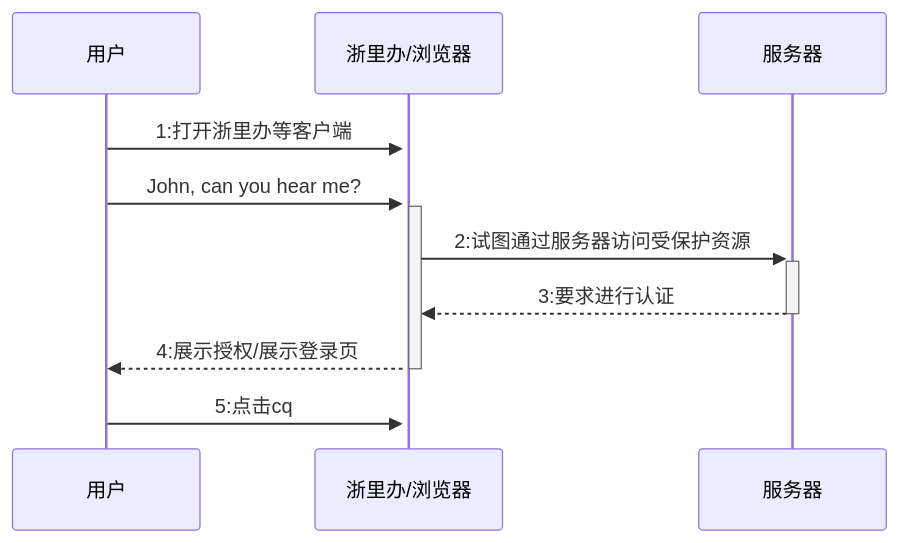
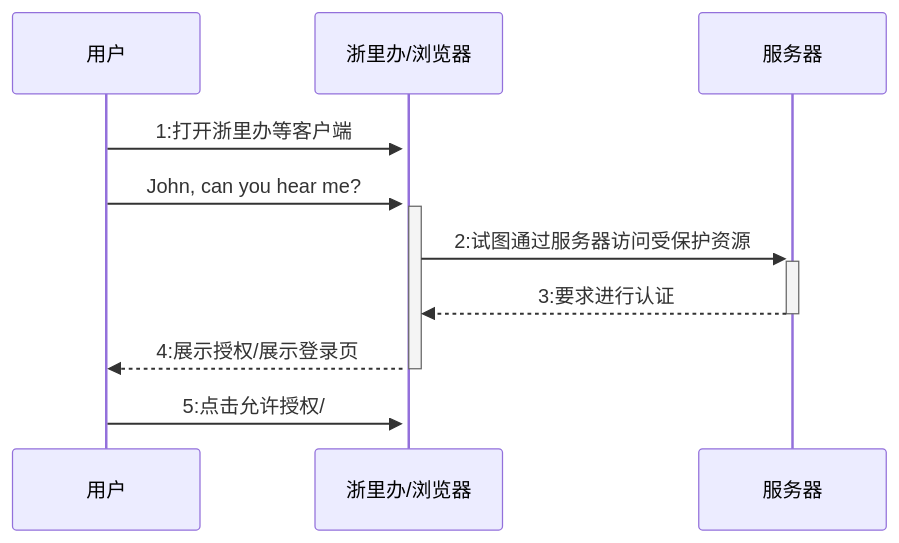
Before and after one commit to fifuntop/iodraw-files: the diagram in all/居民端时序图.md, drawn with Mermaid.

Commit message:
2024-03-14 14:56:52 update

````diff
--- a/all/居民端时序图.md
+++ b/all/居民端时序图.md
@@ -1,10 +1,10 @@
 ```mermaid
 sequenceDiagram
     用户->>+浙里办/浏览器: 1:打开浙里办等客户端
     用户->>+浙里办/浏览器: John, can you hear me?
     浙里办/浏览器->>+服务器: 2:试图通过服务器访问受保护资源
     服务器-->>-浙里办/浏览器: 3:要求进行认证
     浙里办/浏览器-->>-用户: 4:展示授权/展示登录页
-    用户->>+浙里办/浏览器: 5:点击cq
+    用户->>+浙里办/浏览器: 5:点击允许授权/
             
 ```
````
